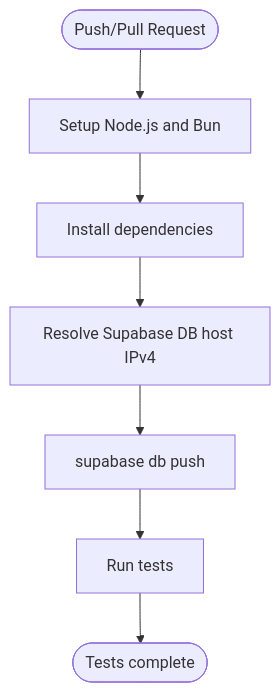
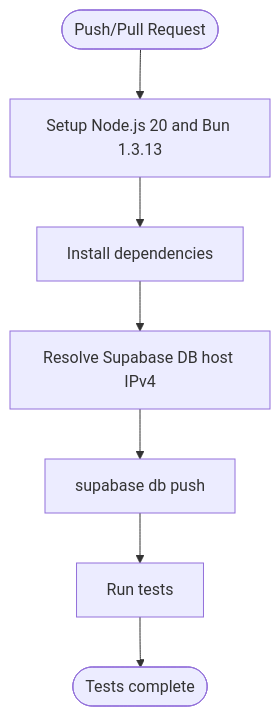
One commit to gastaldellomarco/pcReady changed the fourth of 9 diagrams in .qoder/repowiki/en/content/Deployment and DevOps.md. Above: the diagram before and after it, drawn with Mermaid. The commit also changed other lines of this file and 16 other files, not shown here.

````diff
--- a/.qoder/repowiki/en/content/Deployment and DevOps.md
+++ b/.qoder/repowiki/en/content/Deployment and DevOps.md
@@ -164,9 +179,9 @@
 ```mermaid
 flowchart TD
-TStart(["Push/Pull Request"]) --> TSetup["Setup Node.js and Bun"]
+TStart(["Push/Pull Request"]) --> TSetup["Setup Node.js 20 and Bun 1.3.13"]
 TSetup --> TInstall["Install dependencies"]
 TInstall --> TResolve["Resolve Supabase DB host IPv4"]
 TResolve --> TPush["supabase db push"]
 TPush --> TTest["Run tests"]
 TTest --> TEnd(["Tests complete"])
 ```
````
